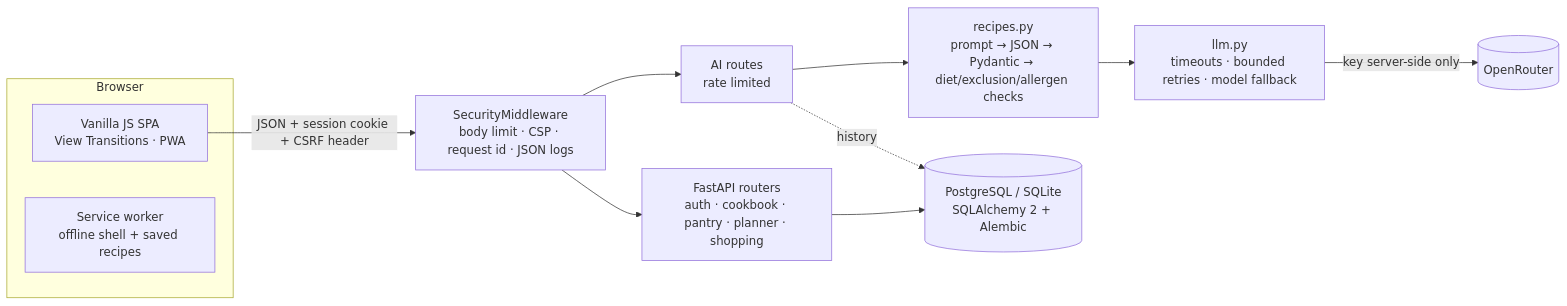
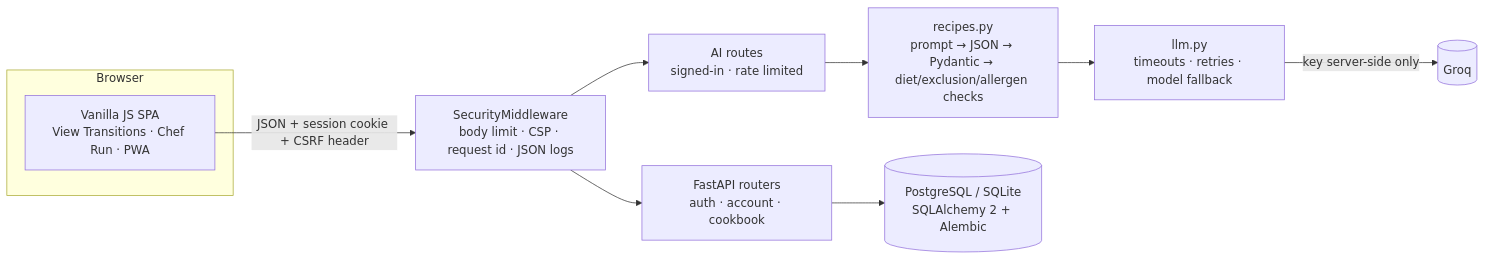
Before and after one commit to DeepikaKrrishna/Recepie_Bot: the diagram in README.md, drawn with Mermaid. The commit also changed other lines of this file and 66 other files, not shown here.

First line of the commit message:
Playful launch redesign: sign-in gate, Chef Run mini-game, Groq docs

````diff
--- a/README.md
+++ b/README.md
@@ -39,15 +101,13 @@
 ```mermaid
 flowchart LR
   subgraph Browser
-    UI[Vanilla JS SPA<br/>View Transitions · PWA]
-    SW[Service worker<br/>offline shell + saved recipes]
+    UI[Vanilla JS SPA<br/>View Transitions · Chef Run · PWA]
   end
   UI -- JSON + session cookie + CSRF header --> MW[SecurityMiddleware<br/>body limit · CSP · request id · JSON logs]
-  MW --> R[FastAPI routers<br/>auth · cookbook · pantry · planner · shopping]
-  MW --> AI[AI routes<br/>rate limited]
+  MW --> R[FastAPI routers<br/>auth · account · cookbook]
+  MW --> AI[AI routes<br/>signed-in · rate limited]
   AI --> G[recipes.py<br/>prompt → JSON → Pydantic → diet/exclusion/allergen checks]
-  G --> L[llm.py<br/>timeouts · bounded retries · model fallback]
-  L -- key server-side only --> O[(OpenRouter)]
+  G --> L[llm.py<br/>timeouts · retries · model fallback]
+  L -- key server-side only --> P[(Groq)]
   R --> DB[(PostgreSQL / SQLite<br/>SQLAlchemy 2 + Alembic)]
-  AI -. history .-> DB
 ```
````
